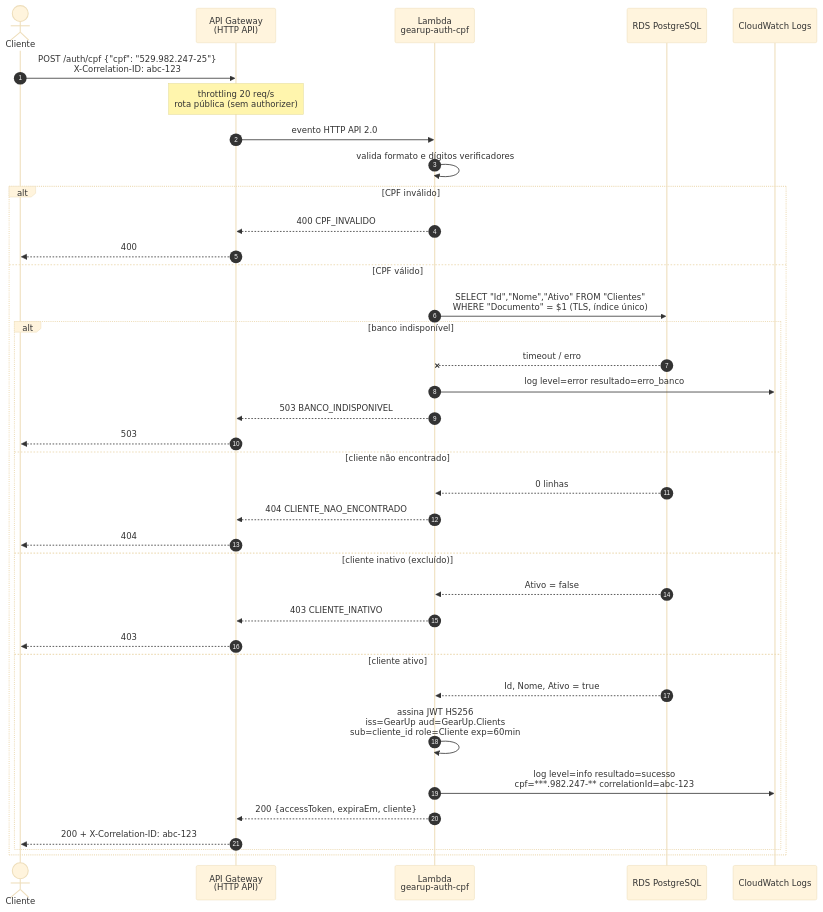
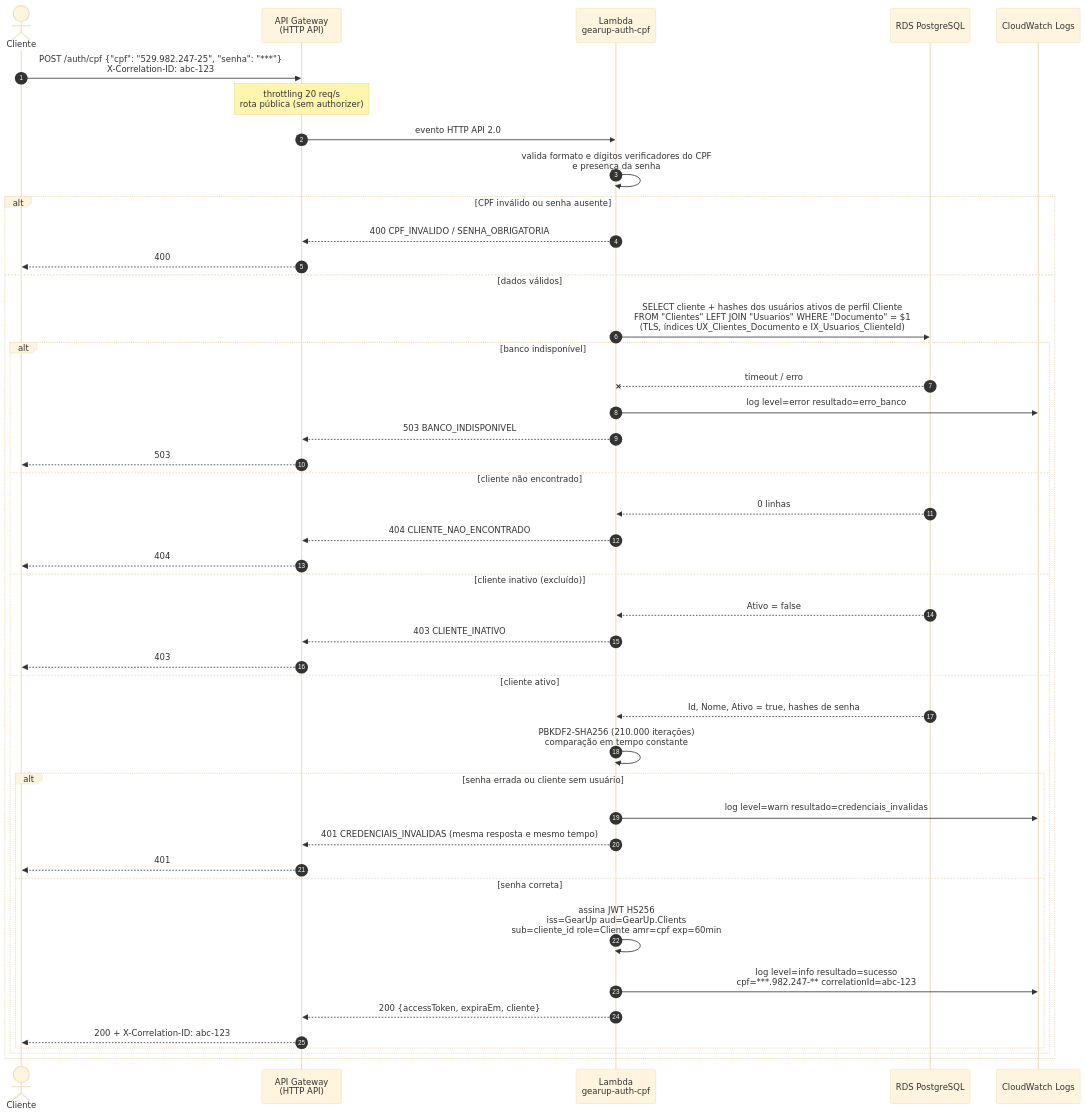
The first of 3 diagrams in docs/fase-3/Arquitetura/Diagramas de Sequencia.md (SOAT-GearUp/GearUp), drawn with Mermaid (base theme) before and after one commit. The commit also changed other lines of this file and 5 other files, not shown here.

Commit message:
Documenta a autenticação do cliente por CPF e senha

````diff
--- a/docs/fase-3/Arquitetura/Diagramas de Sequencia.md
+++ b/docs/fase-3/Arquitetura/Diagramas de Sequencia.md
@@ -7,41 +7,48 @@
 ```mermaid
 sequenceDiagram
     autonumber
     actor Cliente
     participant GW as API Gateway<br/>(HTTP API)
     participant L as Lambda<br/>gearup-auth-cpf
     participant DB as RDS PostgreSQL
     participant CW as CloudWatch Logs
 
-    Cliente->>GW: POST /auth/cpf {"cpf": "529.982.247-25"}<br/>X-Correlation-ID: abc-123
+    Cliente->>GW: POST /auth/cpf {"cpf": "529.982.247-25", "senha": "***"}<br/>X-Correlation-ID: abc-123
     Note over GW: throttling 20 req/s<br/>rota pública (sem authorizer)
     GW->>L: evento HTTP API 2.0
-    L->>L: valida formato e dígitos verificadores
+    L->>L: valida formato e dígitos verificadores do CPF<br/>e presença da senha
 
-    alt CPF inválido
-        L-->>GW: 400 CPF_INVALIDO
+    alt CPF inválido ou senha ausente
+        L-->>GW: 400 CPF_INVALIDO / SENHA_OBRIGATORIA
         GW-->>Cliente: 400
-    else CPF válido
-        L->>DB: SELECT "Id","Nome","Ativo" FROM "Clientes"<br/>WHERE "Documento" = $1 (TLS, índice único)
+    else dados válidos
+        L->>DB: SELECT cliente + hashes dos usuários ativos de perfil Cliente<br/>FROM "Clientes" LEFT JOIN "Usuarios" WHERE "Documento" = $1<br/>(TLS, índices UX_Clientes_Documento e IX_Usuarios_ClienteId)
         alt banco indisponível
             DB--xL: timeout / erro
             L->>CW: log level=error resultado=erro_banco
             L-->>GW: 503 BANCO_INDISPONIVEL
             GW-->>Cliente: 503
         else cliente não encontrado
             DB-->>L: 0 linhas
             L-->>GW: 404 CLIENTE_NAO_ENCONTRADO
             GW-->>Cliente: 404
         else cliente inativo (excluído)
             DB-->>L: Ativo = false
             L-->>GW: 403 CLIENTE_INATIVO
             GW-->>Cliente: 403
         else cliente ativo
-            DB-->>L: Id, Nome, Ativo = true
-            L->>L: assina JWT HS256<br/>iss=GearUp aud=GearUp.Clients<br/>sub=cliente_id role=Cliente exp=60min
-            L->>CW: log level=info resultado=sucesso<br/>cpf=***.982.247-** correlationId=abc-123
-            L-->>GW: 200 {accessToken, expiraEm, cliente}
-            GW-->>Cliente: 200 + X-Correlation-ID: abc-123
+            DB-->>L: Id, Nome, Ativo = true, hashes de senha
+            L->>L: PBKDF2-SHA256 (210.000 iterações)<br/>comparação em tempo constante
+            alt senha errada ou cliente sem usuário
+                L->>CW: log level=warn resultado=credenciais_invalidas
+                L-->>GW: 401 CREDENCIAIS_INVALIDAS (mesma resposta e mesmo tempo)
+                GW-->>Cliente: 401
+            else senha correta
+                L->>L: assina JWT HS256<br/>iss=GearUp aud=GearUp.Clients<br/>sub=cliente_id role=Cliente amr=cpf exp=60min
+                L->>CW: log level=info resultado=sucesso<br/>cpf=***.982.247-** correlationId=abc-123
+                L-->>GW: 200 {accessToken, expiraEm, cliente}
+                GW-->>Cliente: 200 + X-Correlation-ID: abc-123
+            end
         end
     end
 ```
````
